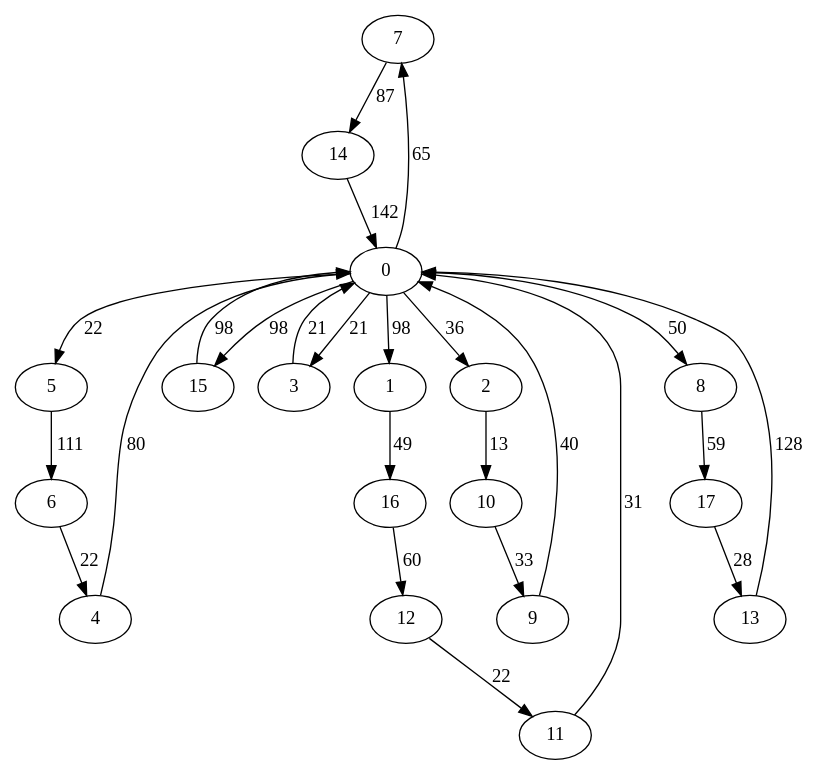
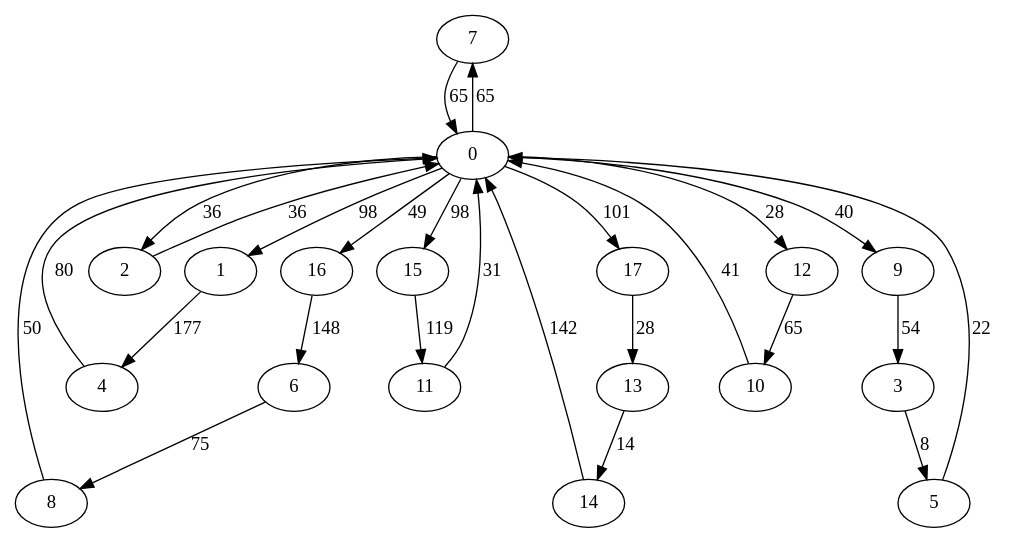
One commit to akosej/vehicle_routing changed the diagram in grafos/iteration4.dot. Above: the diagram before and after it, drawn with Graphviz. The commit also changed 9 other files, not shown here.

```diff
--- a/grafos/iteration4.dot
+++ b/grafos/iteration4.dot
@@ -1,45 +1,46 @@
 digraph G {
-	7->14[ label=87 ];
-	5->6[ label=111 ];
-	2->10[ label=13 ];
+	7->0[ label=65 ];
+	1->4[ label=177 ];
+	13->14[ label=14 ];
+	6->8[ label=75 ];
+	8->0[ label=50 ];
+	15->11[ label=119 ];
+	2->0[ label=36 ];
+	0->16[ label=49 ];
 	0->15[ label=98 ];
-	0->3[ label=21 ];
 	0->7[ label=65 ];
-	0->8[ label=50 ];
+	0->9[ label=40 ];
 	0->1[ label=98 ];
-	0->5[ label=22 ];
+	0->12[ label=28 ];
+	0->17[ label=101 ];
 	0->2[ label=36 ];
+	12->10[ label=65 ];
+	9->3[ label=54 ];
+	5->0[ label=22 ];
+	17->13[ label=28 ];
 	11->0[ label=31 ];
-	6->4[ label=22 ];
-	9->0[ label=40 ];
-	12->11[ label=22 ];
-	8->17[ label=59 ];
-	16->12[ label=60 ];
 	4->0[ label=80 ];
-	3->0[ label=21 ];
+	10->0[ label=41 ];
+	3->5[ label=8 ];
 	14->0[ label=142 ];
-	13->0[ label=128 ];
-	1->16[ label=49 ];
-	10->9[ label=33 ];
-	15->0[ label=98 ];
-	17->13[ label=28 ];
+	16->6[ label=148 ];
 	0 [ label=0 ];
 	1 [ label=1 ];
 	10 [ label=10 ];
 	11 [ label=11 ];
 	12 [ label=12 ];
 	13 [ label=13 ];
 	14 [ label=14 ];
 	15 [ label=15 ];
 	16 [ label=16 ];
 	17 [ label=17 ];
 	2 [ label=2 ];
 	3 [ label=3 ];
 	4 [ label=4 ];
 	5 [ label=5 ];
 	6 [ label=6 ];
 	7 [ label=7 ];
 	8 [ label=8 ];
 	9 [ label=9 ];
 
 }
```
